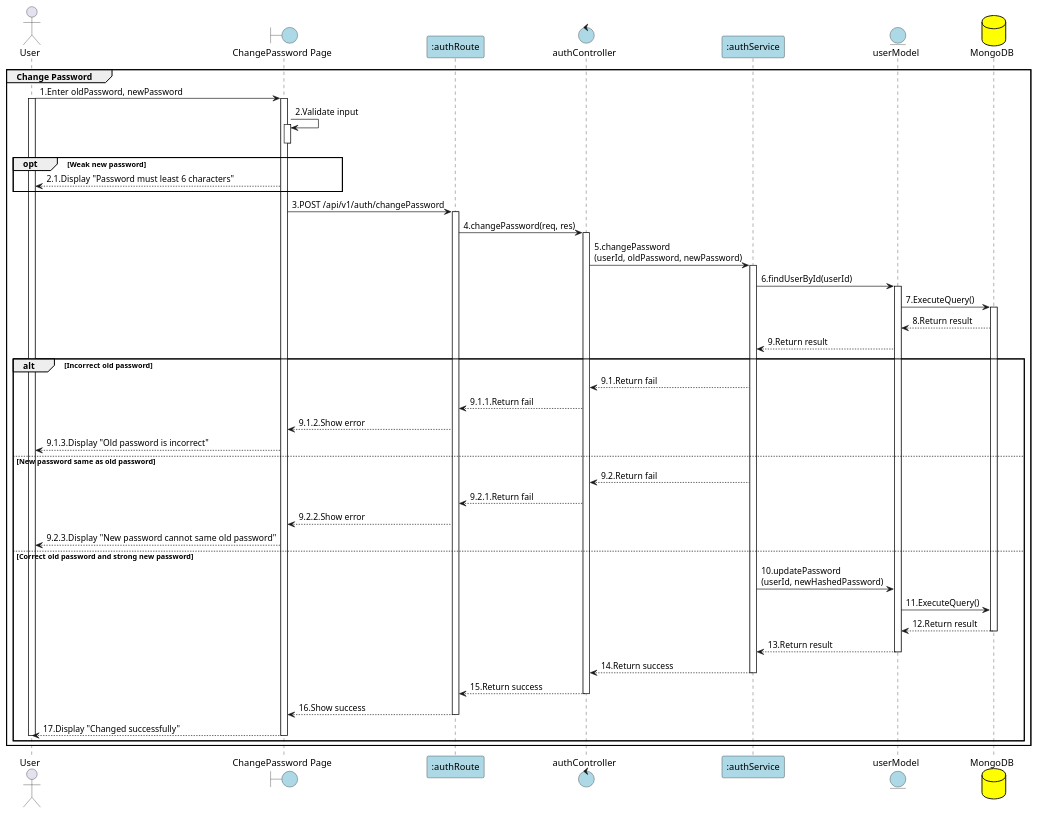
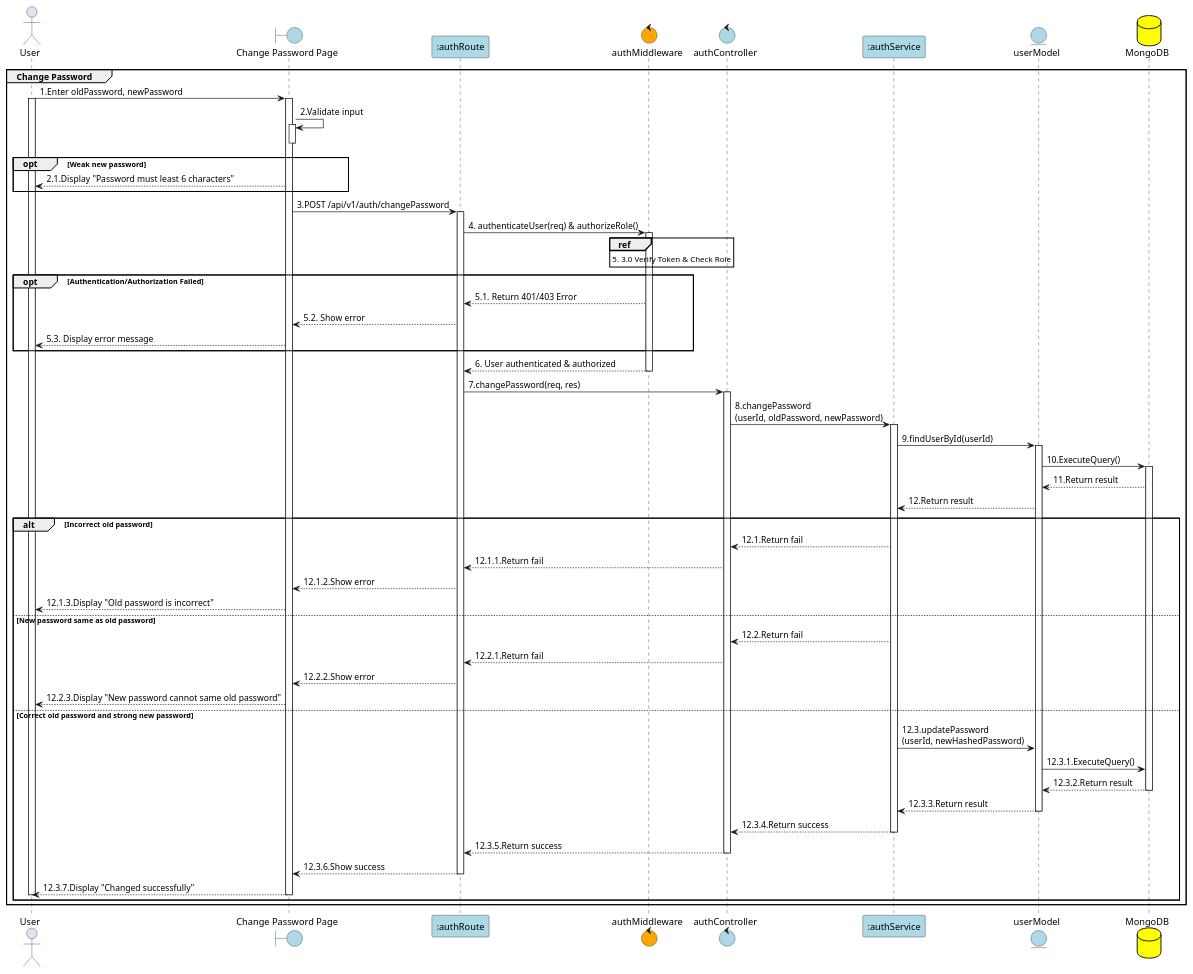
Before and after one commit to Aohkne/CaloCook: the diagram in PlanUML/2_changePassword.puml, drawn with PlantUML. The commit also changed 21 other files, not shown here.

```diff
--- a/PlanUML/2_changePassword.puml
+++ b/PlanUML/2_changePassword.puml
@@ -1,79 +1,91 @@
 @startuml changePassword
 
 actor User as "User"
-boundary "ChangePassword Page" as View #lightblue
+boundary "Change Password Page" as View #lightblue
 participant ":authRoute" as Route #lightblue
+control "authMiddleware" as Auth #orange
 control "authController" as Controller #lightblue
 participant ":authService" as Service #lightblue
 entity "userModel" as Model #lightblue
 database "MongoDB" as MongoDB #yellow
 
 group Change Password
 User -> View: 1.Enter oldPassword, newPassword
 activate View
 activate User
 
 View -> View: 2.Validate input
 activate View
 deactivate View
 
 opt Weak new password
     View --> User: 2.1.Display "Password must least 6 characters"
 end
 
 View -> Route: 3.POST /api/v1/auth/changePassword
 activate Route
+Route -> Auth: 4. authenticateUser(req) & authorizeRole()
+activate Auth
+ref over Auth : 5. 3.0 Verify Token & Check Role
 
-Route -> Controller: 4.changePassword(req, res)
+opt Authentication/Authorization Failed
+    Auth --> Route: 5.1. Return 401/403 Error
+    Route --> View: 5.2. Show error
+    View --> User: 5.3. Display error message
+end
+Auth --> Route: 6. User authenticated & authorized
+deactivate Auth
+
+Route -> Controller: 7.changePassword(req, res)
 activate Controller
 
-Controller -> Service: 5.changePassword\n(userId, oldPassword, newPassword)
+Controller -> Service: 8.changePassword\n(userId, oldPassword, newPassword)
 activate Service
 
-Service -> Model: 6.findUserById(userId)
+Service -> Model: 9.findUserById(userId)
 activate Model
 
-Model -> MongoDB: 7.ExecuteQuery()
+Model -> MongoDB: 10.ExecuteQuery()
 activate MongoDB
-MongoDB --> Model: 8.Return result
+MongoDB --> Model: 11.Return result
 
-Model --> Service: 9.Return result
+Model --> Service: 12.Return result
 
 
 alt Incorrect old password
-    Service --> Controller: 9.1.Return fail 
-    Controller --> Route: 9.1.1.Return fail
-    Route --> View: 9.1.2.Show error
-    View --> User: 9.1.3.Display "Old password is incorrect"
+    Service --> Controller: 12.1.Return fail 
+    Controller --> Route: 12.1.1.Return fail
+    Route --> View: 12.1.2.Show error
+    View --> User: 12.1.3.Display "Old password is incorrect"
 
 else New password same as old password
-    Service --> Controller: 9.2.Return fail
-    Controller --> Route: 9.2.1.Return fail
-    Route --> View: 9.2.2.Show error
-    View --> User: 9.2.3.Display "New password cannot same old password"
+    Service --> Controller: 12.2.Return fail
+    Controller --> Route: 12.2.1.Return fail
+    Route --> View: 12.2.2.Show error
+    View --> User: 12.2.3.Display "New password cannot same old password"
 
 else Correct old password and strong new password
-    Service -> Model: 10.updatePassword\n(userId, newHashedPassword)
+    Service -> Model: 12.3.updatePassword\n(userId, newHashedPassword)
 
-    Model -> MongoDB: 11.ExecuteQuery()
-    MongoDB --> Model: 12.Return result
+    Model -> MongoDB: 12.3.1.ExecuteQuery()
+    MongoDB --> Model: 12.3.2.Return result
     deactivate MongoDB
 
-    Model --> Service: 13.Return result
+    Model --> Service: 12.3.3.Return result
     deactivate Model
 
-    Service --> Controller: 14.Return success
+    Service --> Controller: 12.3.4.Return success
     deactivate Service
 
-    Controller --> Route: 15.Return success
+    Controller --> Route: 12.3.5.Return success
     deactivate Controller
 
-    Route --> View: 16.Show success
+    Route --> View: 12.3.6.Show success
     deactivate Route
 
-    View --> User: 17.Display "Changed successfully"
+    View --> User: 12.3.7.Display "Changed successfully"
     deactivate View
     deactivate User
 end
 end 
 @enduml
```
